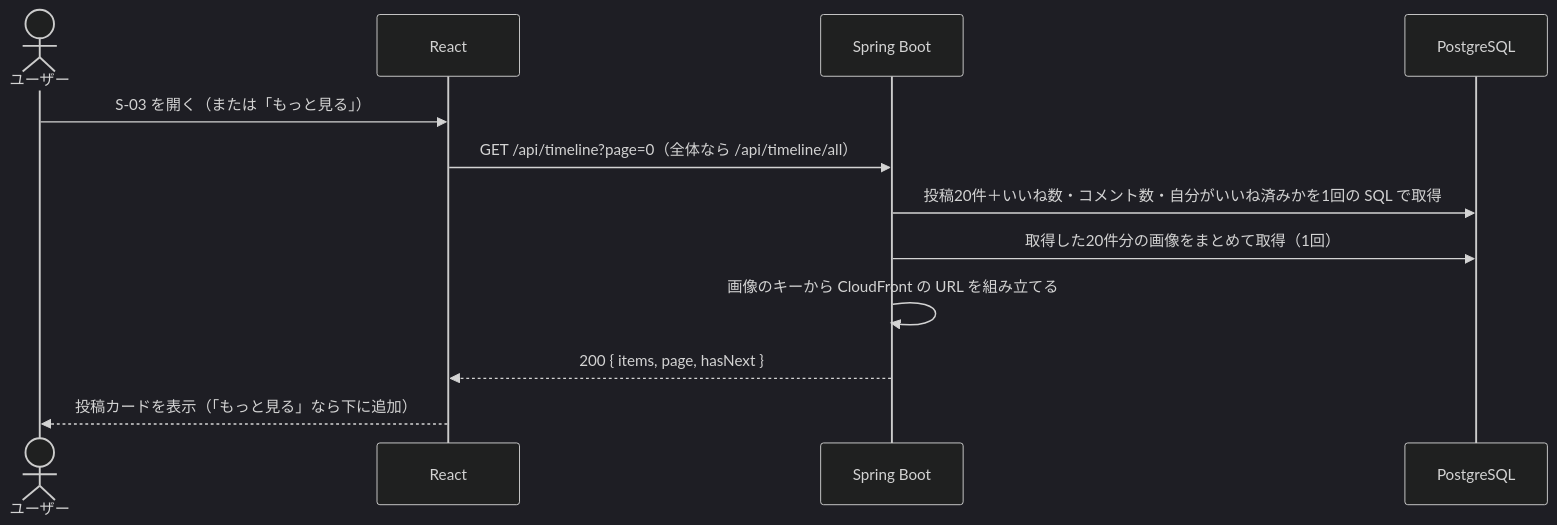
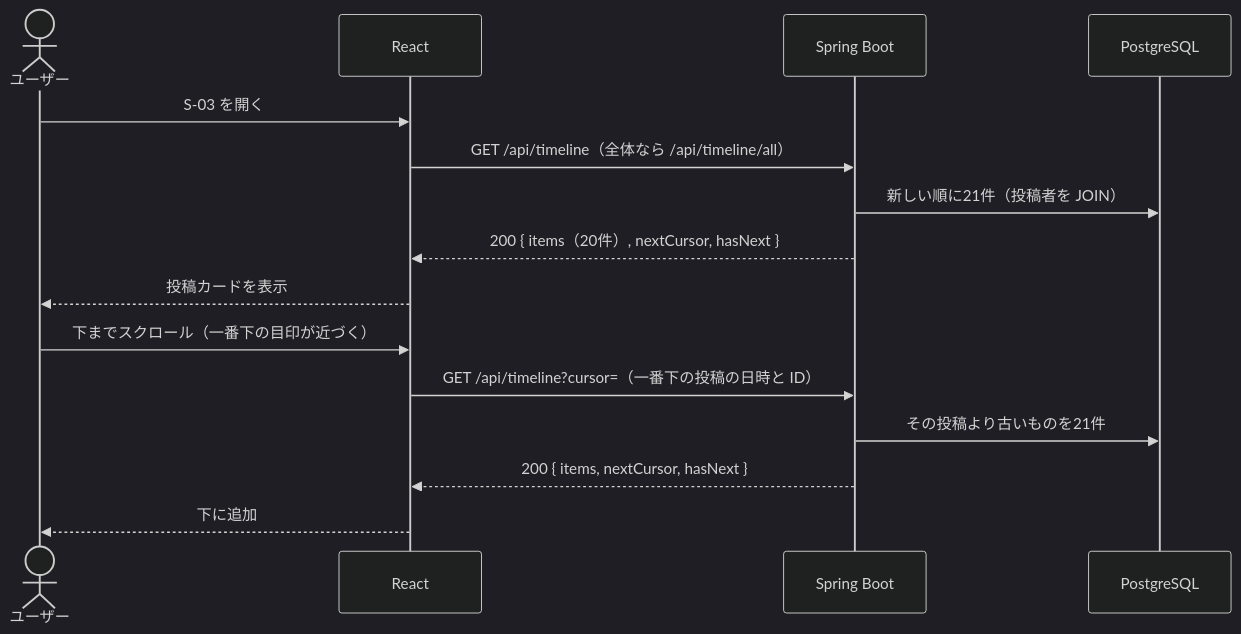
One commit to okky0908-prog/sns-app changed the first of 2 diagrams in docs/feature-specs/03_timeline.md. Above: the diagram before and after it, drawn with Mermaid (dark theme). The commit also changed other lines of this file and 39 other files, not shown here.

````diff
--- a/docs/feature-specs/03_timeline.md
+++ b/docs/feature-specs/03_timeline.md
@@ -50,15 +66,18 @@
 ```mermaid
 sequenceDiagram
     actor U as ユーザー
     participant R as React
     participant S as Spring Boot
     participant DB as PostgreSQL
 
-    U->>R: S-03 を開く（または「もっと見る」）
-    R->>S: GET /api/timeline?page=0（全体なら /api/timeline/all）
-    S->>DB: 投稿20件＋いいね数・コメント数・自分がいいね済みかを1回の SQL で取得
-    S->>DB: 取得した20件分の画像をまとめて取得（1回）
-    S->>S: 画像のキーから CloudFront の URL を組み立てる
-    S-->>R: 200 { items, page, hasNext }
-    R-->>U: 投稿カードを表示（「もっと見る」なら下に追加）
+    U->>R: S-03 を開く
+    R->>S: GET /api/timeline（全体なら /api/timeline/all）
+    S->>DB: 新しい順に21件（投稿者を JOIN）
+    S-->>R: 200 { items（20件）, nextCursor, hasNext }
+    R-->>U: 投稿カードを表示
+    U->>R: 下までスクロール（一番下の目印が近づく）
+    R->>S: GET /api/timeline?cursor=（一番下の投稿の日時と ID）
+    S->>DB: その投稿より古いものを21件
+    S-->>R: 200 { items, nextCursor, hasNext }
+    R-->>U: 下に追加
 ```
````
